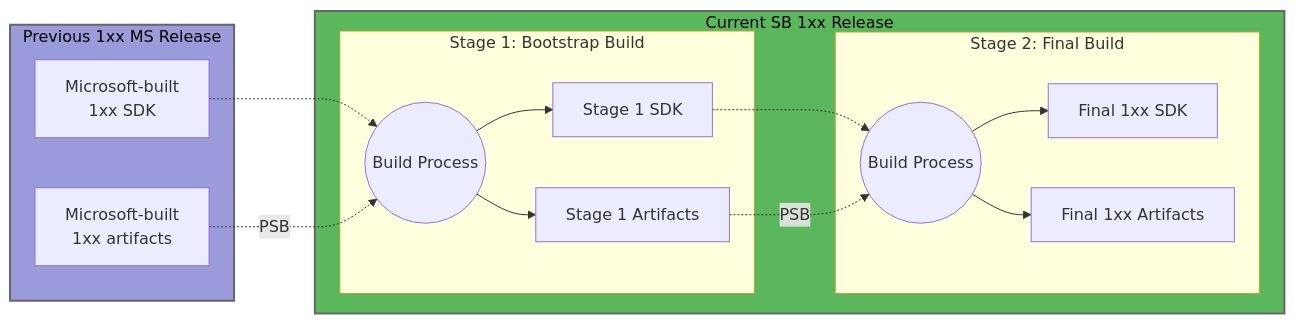
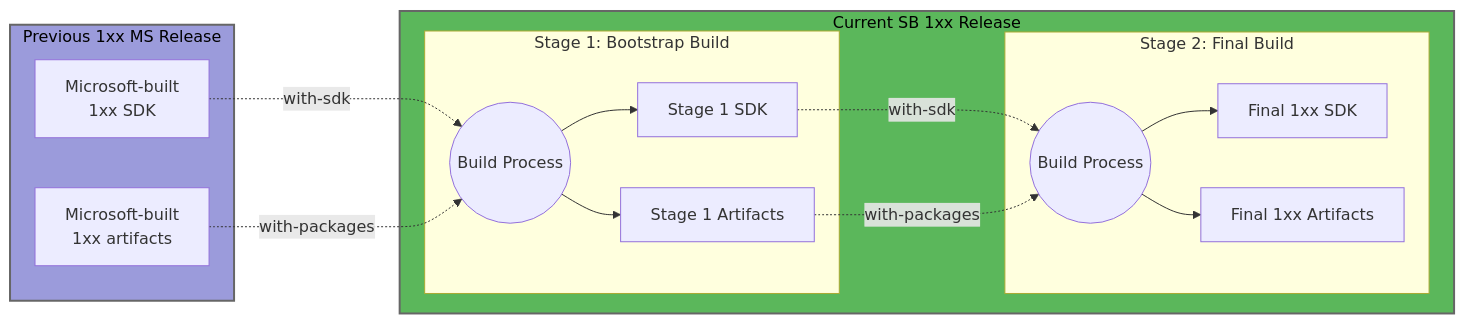
The fourth of 11 diagrams in Documentation/feature-band-source-building.md (dotnet/source-build), drawn with Mermaid before and after one commit. The commit also changed other lines of this file, not shown here.

Commit message:
Update diagram labels to match build script parameters

````diff
--- a/Documentation/feature-band-source-building.md
+++ b/Documentation/feature-band-source-building.md
@@ -331,36 +331,36 @@
 ```mermaid
 flowchart LR
     subgraph Msft["Previous 1xx MS Release"]
         MS_SDK[Microsoft-built<br/>1xx SDK]
         MS_Art[Microsoft-built<br/>1xx artifacts]
     end
     
     subgraph SB["Current SB 1xx Release"]
         subgraph Stage1["Stage 1: Bootstrap Build"]
             Build1((Build Process))
             S1_SDK[Stage 1 SDK]
             S1_Art[Stage 1 Artifacts]
         end
 
         subgraph Stage2["Stage 2: Final Build"]
             Build2((Build Process))
             Final_SDK[Final 1xx SDK]
             Final_Art[Final 1xx Artifacts]
         end
     end
     
-    MS_SDK -.-> Build1
-    MS_Art -.->|PSB| Build1
+    MS_SDK -.->|with-sdk| Build1
+    MS_Art -.->|with-packages| Build1
     Build1 --> S1_SDK
     Build1 --> S1_Art
-    S1_SDK -.-> Build2
-    S1_Art -.->|PSB| Build2
+    S1_SDK -.->|with-sdk| Build2
+    S1_Art -.->|with-packages| Build2
     Build2 --> Final_SDK
     Build2 --> Final_Art
     
     classDef msRelease fill:#9b9bdb,stroke:#666,stroke-width:2px,color:#000
     classDef prev1xx fill:#db9b9b,stroke:#666,stroke-width:2px,color:#000
     classDef curr1xx fill:#5bb75b,stroke:#666,stroke-width:2px,color:#000
     class Msft msRelease
     class SB curr1xx
 ```
````
